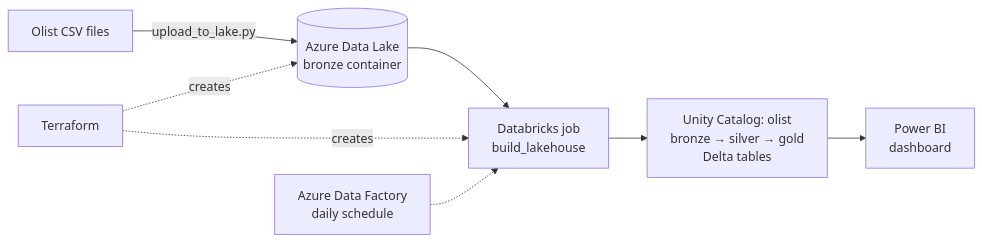
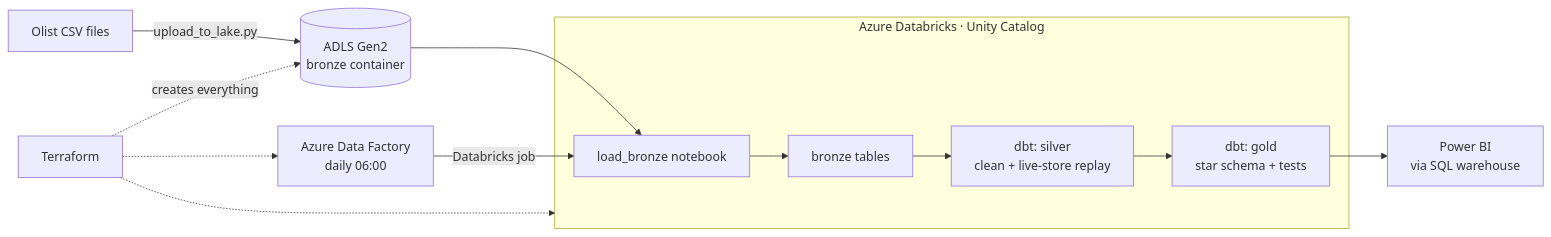
Before and after one commit to jonathantorresdata/ecommerce-data-pipeline: the diagram in README.md, drawn with Mermaid. The commit also changed other lines of this file, not shown here.

````diff
--- a/README.md
+++ b/README.md
@@ -19,10 +20,15 @@
 ```mermaid
 flowchart LR
-    A[Olist CSV files] -->|upload_to_lake.py| B[(Azure Data Lake<br/>bronze container)]
-    B --> C[Databricks job<br/>build_lakehouse]
-    C --> D[Unity Catalog: olist<br/>bronze → silver → gold<br/>Delta tables]
-    D --> E[Power BI<br/>dashboard]
-    T[Terraform] -.->|creates| B
-    T -.->|creates| C
-    F[Azure Data Factory<br/>daily schedule] -.-> C
+    A[Olist CSV files] -->|upload_to_lake.py| B[(ADLS Gen2<br/>bronze container)]
+    ADF[Azure Data Factory<br/>daily 06:00] -->|Databricks job| C
+    subgraph DBX[Azure Databricks · Unity Catalog]
+        C[load_bronze notebook] --> D[bronze tables]
+        D --> E[dbt: silver<br/>clean + live-store replay]
+        E --> F[dbt: gold<br/>star schema + tests]
+    end
+    B --> C
+    F --> G[Power BI<br/>via SQL warehouse]
+    T[Terraform] -.->|creates everything| B
+    T -.-> DBX
+    T -.-> ADF
 ```
````
